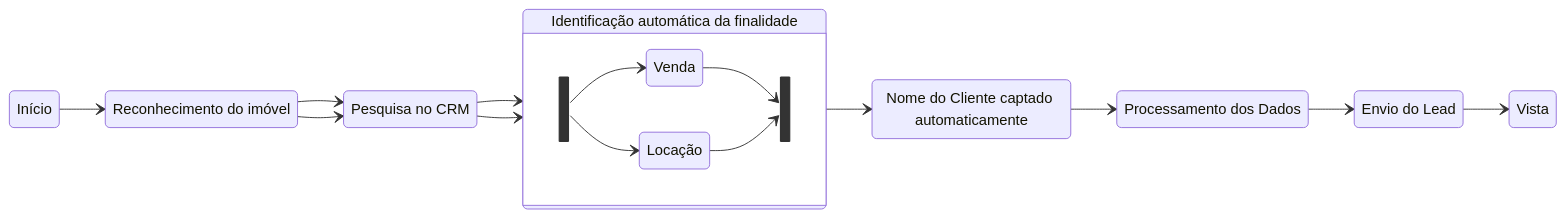
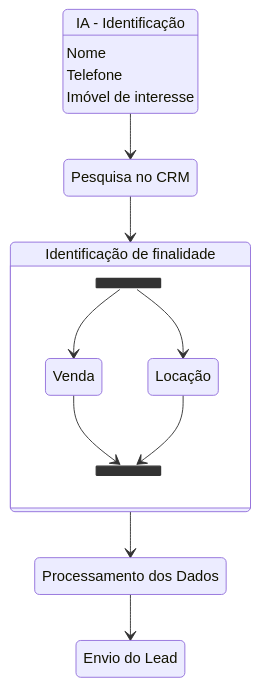
The second of 2 diagrams in readme.md (pepeleascov/cmsouza), drawn with Mermaid before and after one commit.

````diff
--- a/readme.md
+++ b/readme.md
@@ -163,32 +163,30 @@
 ```mermaid
 stateDiagram
-    1: Reconhecimento do imóvel
+    
+    1: IA - Identificação
+    1: Nome
+    1: Telefone
+    1: Imóvel de interesse
     2: Pesquisa no CRM
-    3: Identificação automática da finalidade
+    3: Identificação de finalidade
     v: Venda
     l: Locação
-    4: Nome do Cliente captado automaticamente
-    5: Processamento dos Dados
-    6: Envio do Lead
-    direction LR
+    4: Processamento dos Dados
+    5: Envio do Lead
+    direction tb
     
-    Início --> 1
     1 --> 2
     2 --> 3
     state 3 {
     state fork_state <<fork>>
-    direction LR
+    direction TB
         fork_state
         fork_state --> v
         fork_state --> l
     state join_state <<join>>
     v --> join_state
     l --> join_state
     }
-    1 --> 2
-    2 --> 3
     3 --> 4
     4 --> 5
-    5 --> 6
-    6 --> Vista
 ```
````
